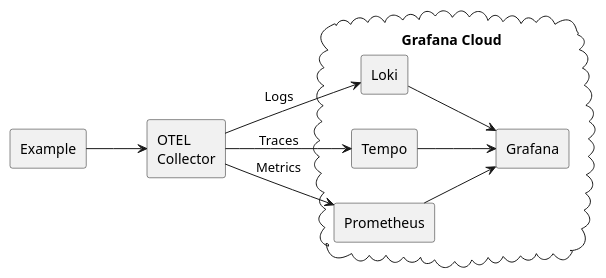
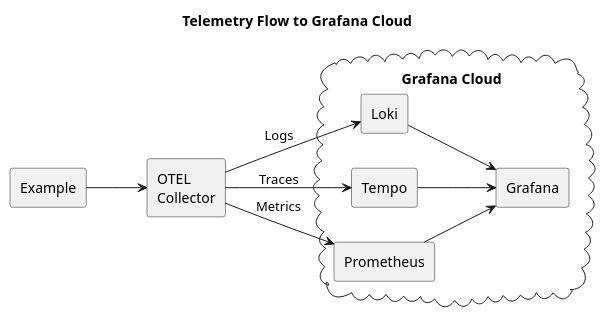
One commit to yolkhovyy/go-otelw changed the diagram in docs/diagrams/grafana-cloud.puml. Above: the diagram before and after it, drawn with PlantUML. The commit also changed 11 other files, not shown here.

Commit message:
Update diagrams

```diff
--- a/docs/diagrams/grafana-cloud.puml
+++ b/docs/diagrams/grafana-cloud.puml
@@ -1,21 +1,22 @@
 @startuml grafana-cloud
+title Telemetry Flow to Grafana Cloud
 left to right direction
 
 agent Example as EX
 agent "OTEL\nCollector" as OC
 cloud "Grafana Cloud" {
     agent Loki
     agent Tempo
     agent Prometheus
     agent Grafana
 }
 
 EX --> OC
 OC --> Loki: "Logs"
 OC --> Tempo: "Traces"
 OC --> Prometheus: "Metrics"
 Loki --> Grafana
 Tempo --> Grafana
 Prometheus --> Grafana
 
 @enduml
```
